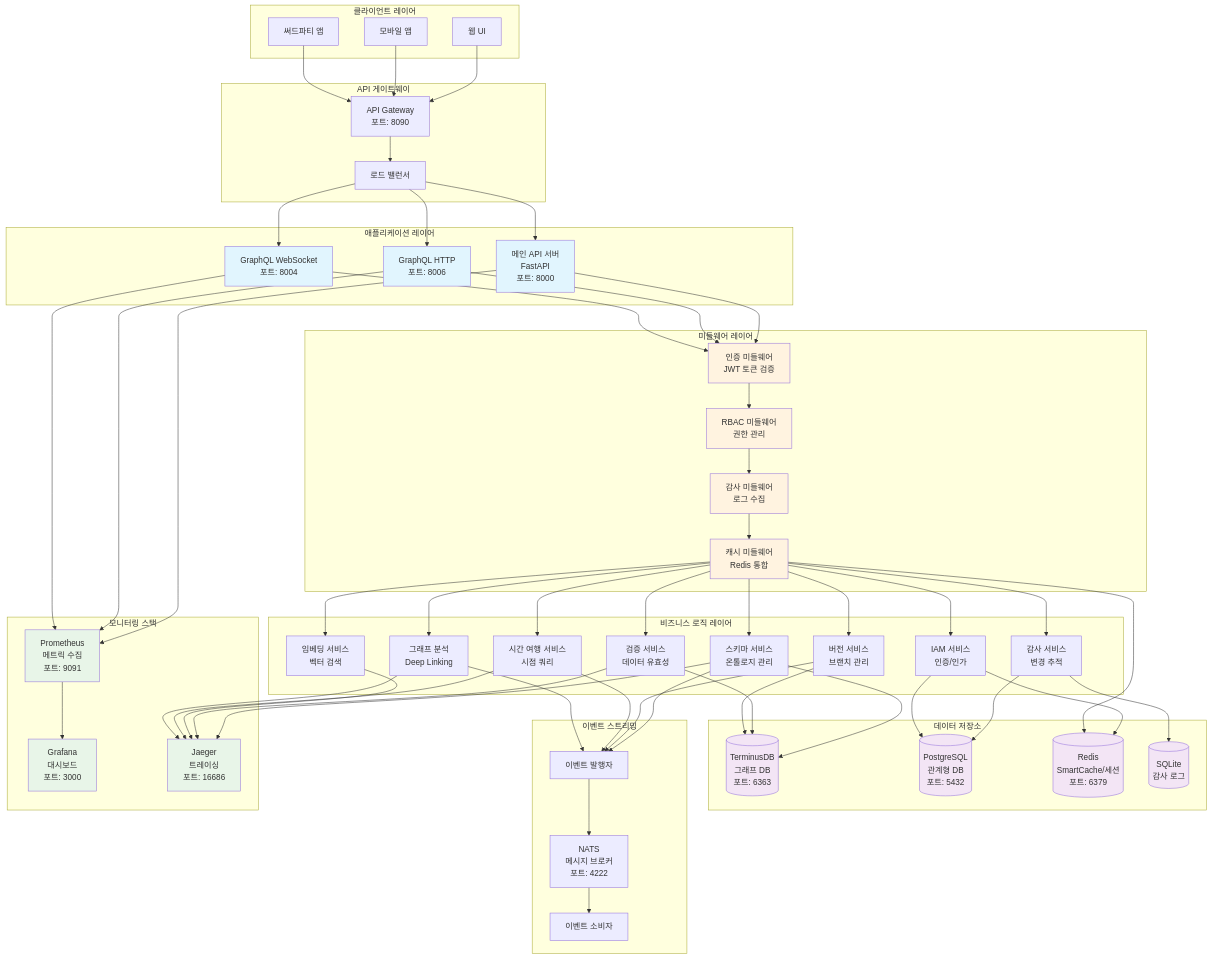
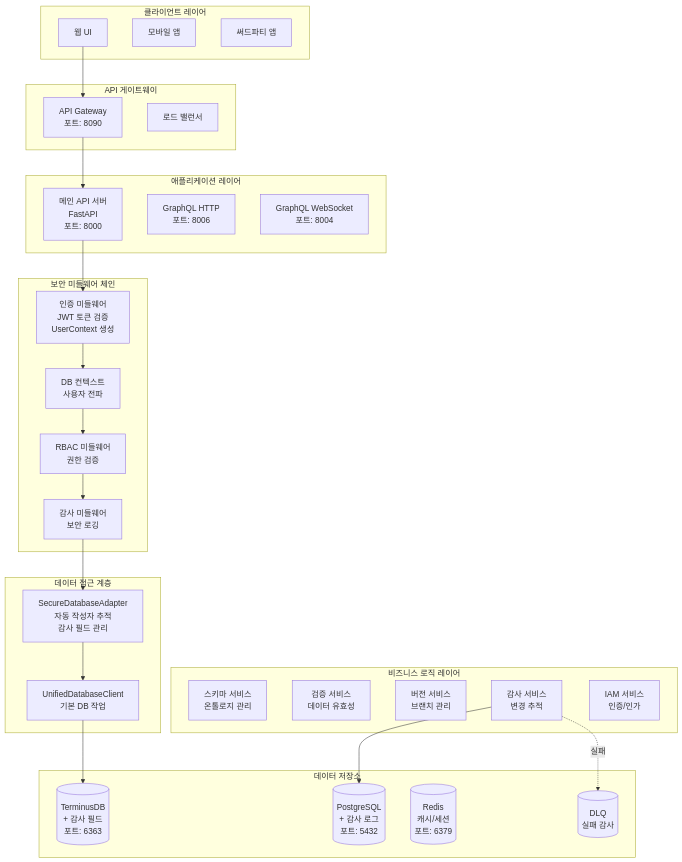
Before and after one commit to ludia8888/Icon-Blaster: the diagram in oms-monolith/README.md, drawn with Mermaid. The commit also changed other lines of this file and 70 other files, not shown here.

First line of the commit message:
feat: Complete IAM-TerminusDB integration with secure author tracking

````diff
--- a/oms-monolith/README.md
+++ b/oms-monolith/README.md
@@ -68,11 +69,16 @@
         GraphQLWS[GraphQL WebSocket<br/>포트: 8004]
     end
 
-    subgraph "미들웨어 레이어"
-        AuthMiddleware[인증 미들웨어<br/>JWT 토큰 검증]
-        RBACMiddleware[RBAC 미들웨어<br/>권한 관리]
-        AuditMiddleware[감사 미들웨어<br/>로그 수집]
-        CacheMiddleware[캐시 미들웨어<br/>Redis 통합]
+    subgraph "보안 미들웨어 체인"
+        AuthMiddleware[인증 미들웨어<br/>JWT 토큰 검증<br/>UserContext 생성]
+        DatabaseContext[DB 컨텍스트<br/>사용자 전파]
+        RBACMiddleware[RBAC 미들웨어<br/>권한 검증]
+        AuditMiddleware[감사 미들웨어<br/>보안 로깅]
+    end
+
+    subgraph "데이터 접근 계층"
+        SecureDB[SecureDatabaseAdapter<br/>자동 작성자 추적<br/>감사 필드 관리]
+        UnifiedDB[UnifiedDatabaseClient<br/>기본 DB 작업]
     end
 
     subgraph "비즈니스 로직 레이어"
@@ -81,92 +87,24 @@
         VersionService[버전 서비스<br/>브랜치 관리]
         AuditService[감사 서비스<br/>변경 추적]
         IAMService[IAM 서비스<br/>인증/인가]
-        EmbeddingService[임베딩 서비스<br/>벡터 검색]
-        TimeTravelService[시간 여행 서비스<br/>시점 쿼리]
-        GraphAnalysisService[그래프 분석<br/>Deep Linking]
     end
 
     subgraph "데이터 저장소"
-        TerminusDB[(TerminusDB<br/>그래프 DB<br/>포트: 6363)]
-        PostgreSQL[(PostgreSQL<br/>관계형 DB<br/>포트: 5432)]
-        Redis[(Redis<br/>SmartCache/세션<br/>포트: 6379)]
-        SQLite[(SQLite<br/>감사 로그)]
+        TerminusDB[(TerminusDB<br/>+ 감사 필드<br/>포트: 6363)]
+        PostgreSQL[(PostgreSQL<br/>+ 감사 로그<br/>포트: 5432)]
+        Redis[(Redis<br/>캐시/세션<br/>포트: 6379)]
+        DLQ[(DLQ<br/>실패 감사)]
     end
 
-    subgraph "이벤트 스트리밍"
-        NATS[NATS<br/>메시지 브로커<br/>포트: 4222]
-        EventPublisher[이벤트 발행자]
-        EventConsumer[이벤트 소비자]
-    end
-
-    subgraph "모니터링 스택"
-        Prometheus[Prometheus<br/>메트릭 수집<br/>포트: 9091]
-        Grafana[Grafana<br/>대시보드<br/>포트: 3000]
-        Jaeger[Jaeger<br/>트레이싱<br/>포트: 16686]
-    end
-
-    %% 연결 관계
     WebUI --> APIGateway
-    MobileApp --> APIGateway
-    ThirdParty --> APIGateway
-
-    APIGateway --> LoadBalancer
-    LoadBalancer --> MainAPI
-    LoadBalancer --> GraphQLHTTP
-    LoadBalancer --> GraphQLWS
-
+    APIGateway --> MainAPI
     MainAPI --> AuthMiddleware
-    GraphQLHTTP --> AuthMiddleware
-    GraphQLWS --> AuthMiddleware
-
-    AuthMiddleware --> RBACMiddleware
+    AuthMiddleware --> DatabaseContext
+    DatabaseContext --> RBACMiddleware
     RBACMiddleware --> AuditMiddleware
-    AuditMiddleware --> CacheMiddleware
-
-    CacheMiddleware --> SchemaService
-    CacheMiddleware --> ValidationService
-    CacheMiddleware --> VersionService
-    CacheMiddleware --> AuditService
-    CacheMiddleware --> IAMService
-    CacheMiddleware --> EmbeddingService
-    CacheMiddleware --> TimeTravelService
-    CacheMiddleware --> GraphAnalysisService
-
-    SchemaService --> TerminusDB
-    ValidationService --> TerminusDB
-    VersionService --> TerminusDB
+    AuditMiddleware --> SecureDB
+    SecureDB --> UnifiedDB
+    UnifiedDB --> TerminusDB
     AuditService --> PostgreSQL
-    AuditService --> SQLite
-    IAMService --> PostgreSQL
-    IAMService --> Redis
-
-    CacheMiddleware --> Redis
-    
-    SchemaService --> EventPublisher
-    VersionService --> EventPublisher
-    TimeTravelService --> EventPublisher
-    GraphAnalysisService --> EventPublisher
-    EventPublisher --> NATS
-    NATS --> EventConsumer
-
-    MainAPI --> Prometheus
-    GraphQLHTTP --> Prometheus
-    GraphQLWS --> Prometheus
-    Prometheus --> Grafana
-
-    SchemaService --> Jaeger
-    ValidationService --> Jaeger
-    EmbeddingService --> Jaeger
-    TimeTravelService --> Jaeger
-    GraphAnalysisService --> Jaeger
-
-    classDef apiLayer fill:#e1f5fe
-    classDef dataLayer fill:#f3e5f5
-    classDef monitoringLayer fill:#e8f5e8
-    classDef middlewareLayer fill:#fff3e0
-
-    class MainAPI,GraphQLHTTP,GraphQLWS apiLayer
-    class TerminusDB,PostgreSQL,Redis,SQLite dataLayer
-    class Prometheus,Grafana,Jaeger monitoringLayer
-    class AuthMiddleware,RBACMiddleware,AuditMiddleware,CacheMiddleware middlewareLayer
+    AuditService -.->|실패| DLQ
 ```
````
